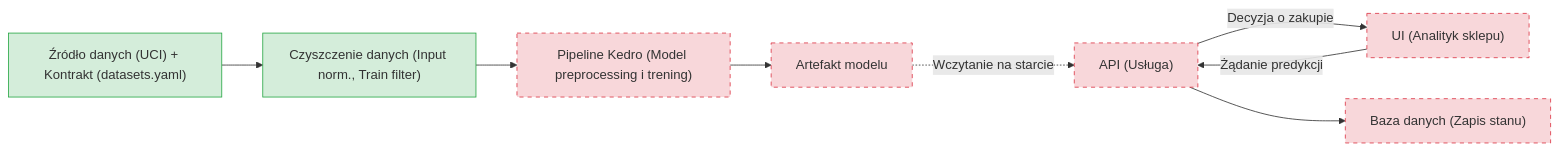
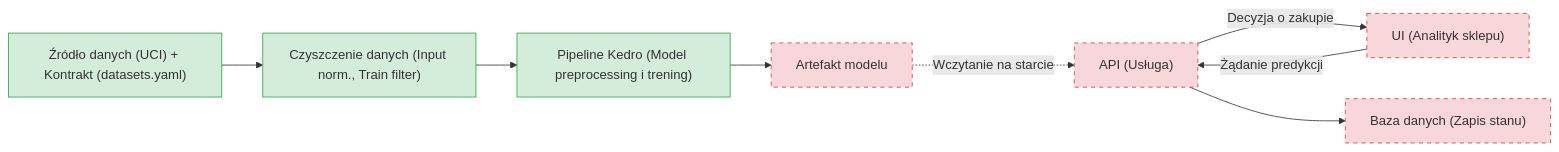
Before and after one commit to s30560/ASI-projekt: the diagram in docs/architecture.md, drawn with Mermaid. The commit also changed other lines of this file and 9 other files, not shown here.

````diff
--- a/docs/architecture.md
+++ b/docs/architecture.md
@@ -49,16 +49,16 @@
 ```mermaid
 flowchart LR
     data["Źródło danych (UCI) + Kontrakt (datasets.yaml)"] --> clean["Czyszczenie danych (Input norm., Train filter)"]
     clean --> pipe["Pipeline Kedro (Model preprocessing i trening)"]
     pipe --> model["Artefakt modelu"]
 
     user["UI (Analityk sklepu)"] -->|Żądanie predykcji| api["API (Usługa)"]
     model -.->|Wczytanie na starcie| api
     api -->|Decyzja o zakupie| user
     api --> state["Baza danych (Zapis stanu)"]
 
     classDef done fill:#d4edda,stroke:#28a745
     classDef planned fill:#f8d7da,stroke:#dc3545,stroke-dasharray: 5 5
-    class data,clean done
-    class pipe,model,user,api,state planned
+    class data,clean,pipe done
+    class model,user,api,state planned
 ```
````
